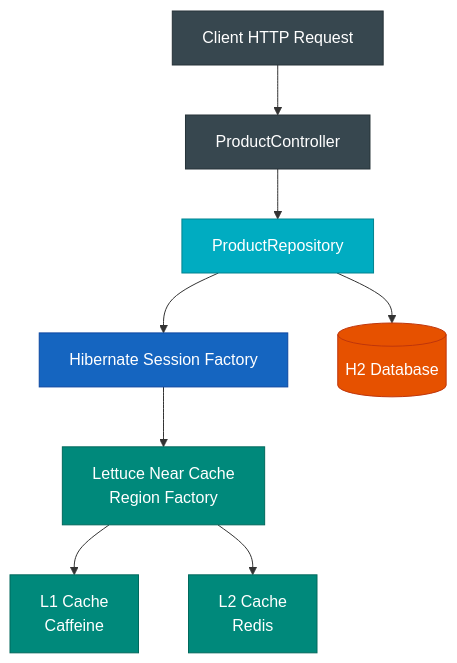
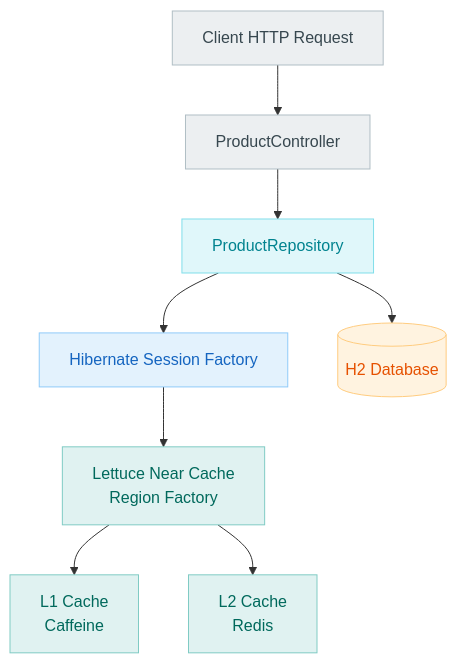
The second of 2 diagrams in spring-boot4/hibernate-lettuce-demo/README.ko.md (bluetape4k/bluetape4k-projects), drawn with Mermaid before and after one commit. The commit also changed other lines of this file and 219 other files, not shown here.

First line of the commit message:
docs: 전체 README Mermaid 다이어그램 가이드 적용

````diff
--- a/spring-boot4/hibernate-lettuce-demo/README.ko.md
+++ b/spring-boot4/hibernate-lettuce-demo/README.ko.md
@@ -83,28 +83,28 @@
 ```mermaid
 flowchart TD
     Client["Client HTTP Request"]
     Controller["ProductController"]
     Repo["ProductRepository"]
     Hibernate["Hibernate Session Factory"]
     RegionFactory["Lettuce Near Cache<br/>Region Factory"]
     L1["L1 Cache<br/>Caffeine"]
     L2["L2 Cache<br/>Redis"]
     DB[("H2 Database")]
 
     Client --> Controller --> Repo --> Hibernate --> RegionFactory
     RegionFactory --> L1
     RegionFactory --> L2
     Repo --> DB
 
-    classDef clientStyle fill:#37474F,stroke:#263238,color:#FFFFFF
-    classDef repoStyle fill:#00ACC1,stroke:#00838F,color:#FFFFFF
-    classDef hibernateStyle fill:#1565C0,stroke:#0D47A1,color:#FFFFFF
-    classDef cacheStyle fill:#00897B,stroke:#00695C,color:#FFFFFF
-    classDef dbStyle fill:#E65100,stroke:#BF360C,color:#FFFFFF
+    classDef clientStyle fill:#ECEFF1,stroke:#B0BEC5,color:#37474F
+    classDef repoStyle fill:#E0F7FA,stroke:#80DEEA,color:#00838F
+    classDef hibernateStyle fill:#E3F2FD,stroke:#90CAF9,color:#1565C0
+    classDef cacheStyle fill:#E0F2F1,stroke:#80CBC4,color:#00695C
+    classDef dbStyle fill:#FFF3E0,stroke:#FFCC80,color:#E65100
 
     class Client,Controller clientStyle
     class Repo repoStyle
     class Hibernate hibernateStyle
     class RegionFactory,L1,L2 cacheStyle
     class DB dbStyle
 ```
````
